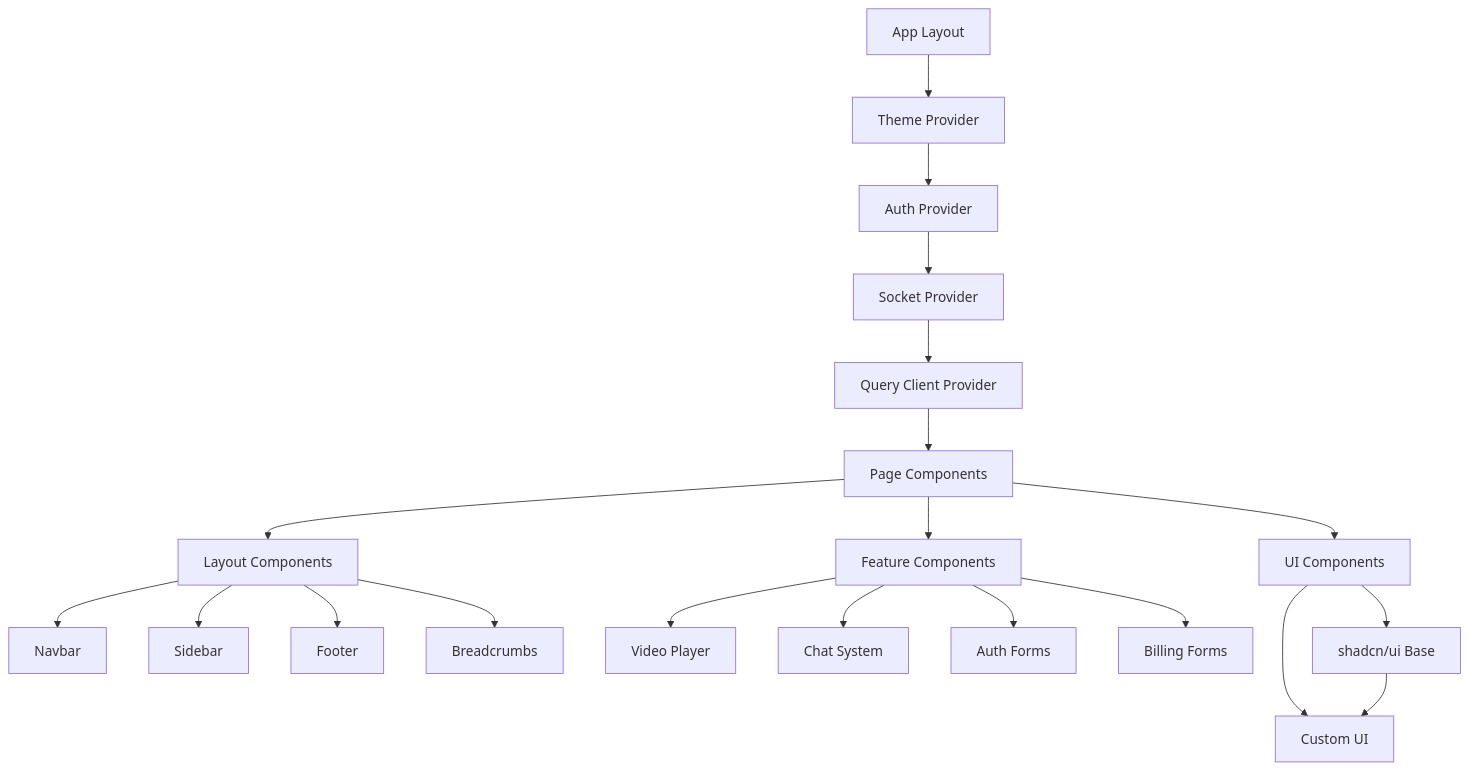
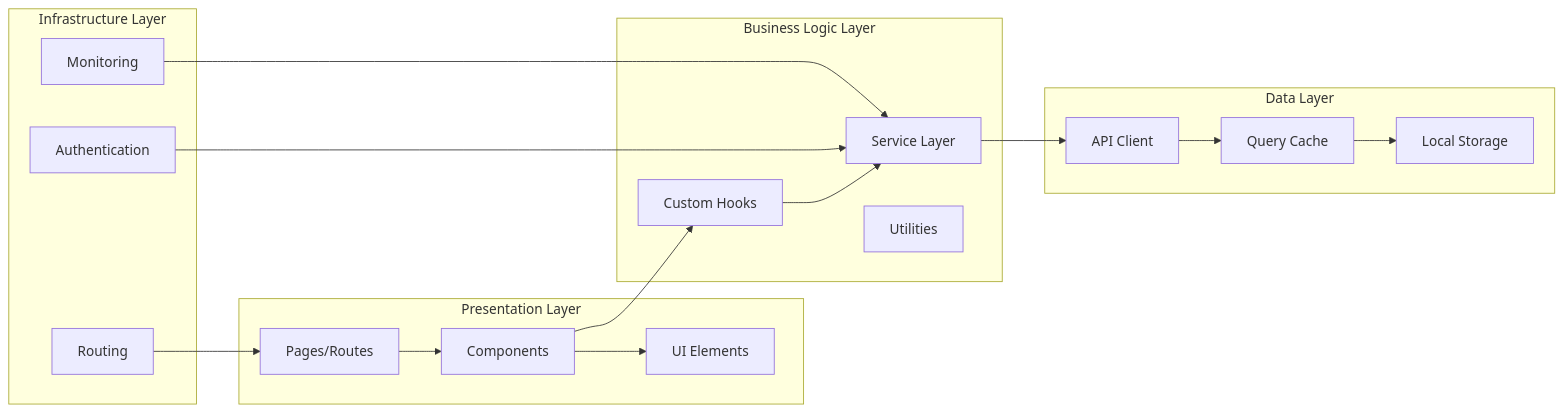
One commit to EL-HOUSS-BRAHIM/watch-party changed the third of 6 diagrams in README.md. Above: the diagram before and after it, drawn with Mermaid. The commit also changed other lines of this file, not shown here.

````diff
--- a/README.md
+++ b/README.md
@@ -211,26 +425,38 @@
 ```mermaid
-graph TD
-    A[App Layout] --> B[Theme Provider]
-    B --> C[Auth Provider]
-    C --> D[Socket Provider]
-    D --> E[Query Client Provider]
+graph LR
+    subgraph "Presentation Layer"
+        PAGES[Pages/Routes]
+        COMPONENTS[Components]
+        UI[UI Elements]
+    end
     
-    E --> F[Page Components]
-    F --> G[Layout Components]
-    F --> H[Feature Components]
-    F --> I[UI Components]
+    subgraph "Business Logic Layer"
+        HOOKS[Custom Hooks]
+        SERVICES[Service Layer]
+        UTILS[Utilities]
+    end
     
-    G --> G1[Navbar]
-    G --> G2[Sidebar]
-    G --> G3[Footer]
-    G --> G4[Breadcrumbs]
+    subgraph "Data Layer"
+        API[API Client]
+        CACHE[Query Cache]
+        STORAGE[Local Storage]
+    end
     
-    H --> H1[Video Player]
-    H --> H2[Chat System]
-    H --> H3[Auth Forms]
-    H --> H4[Billing Forms]
+    subgraph "Infrastructure Layer"
+        AUTH[Authentication]
+        ROUTING[Routing]
+        MONITORING[Monitoring]
+    end
     
-    I --> I1[shadcn/ui Base]
-    I --> I2[Custom UI]
-    I1 --> I2
+    PAGES --> COMPONENTS
+    COMPONENTS --> UI
+    COMPONENTS --> HOOKS
+    HOOKS --> SERVICES
+    SERVICES --> API
+    API --> CACHE
+    CACHE --> STORAGE
+    
+    AUTH --> SERVICES
+    ROUTING --> PAGES
+    MONITORING --> SERVICES
 ```
````
